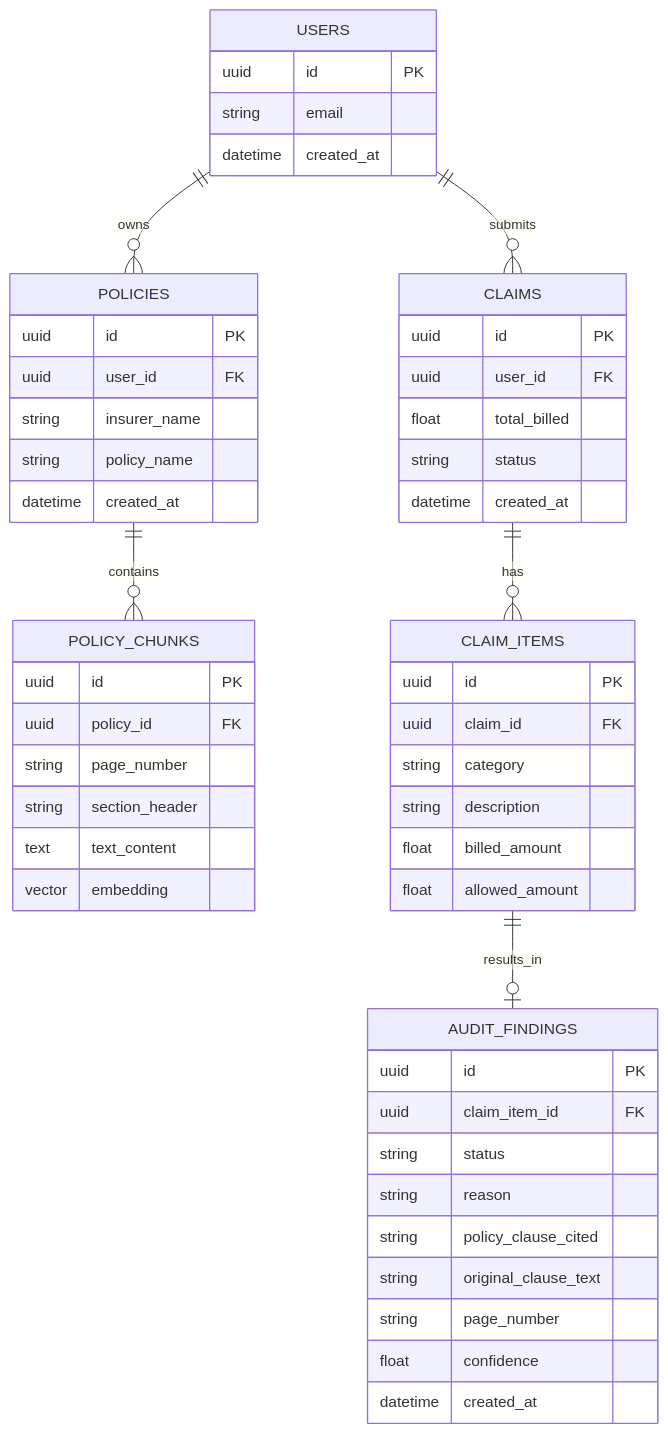
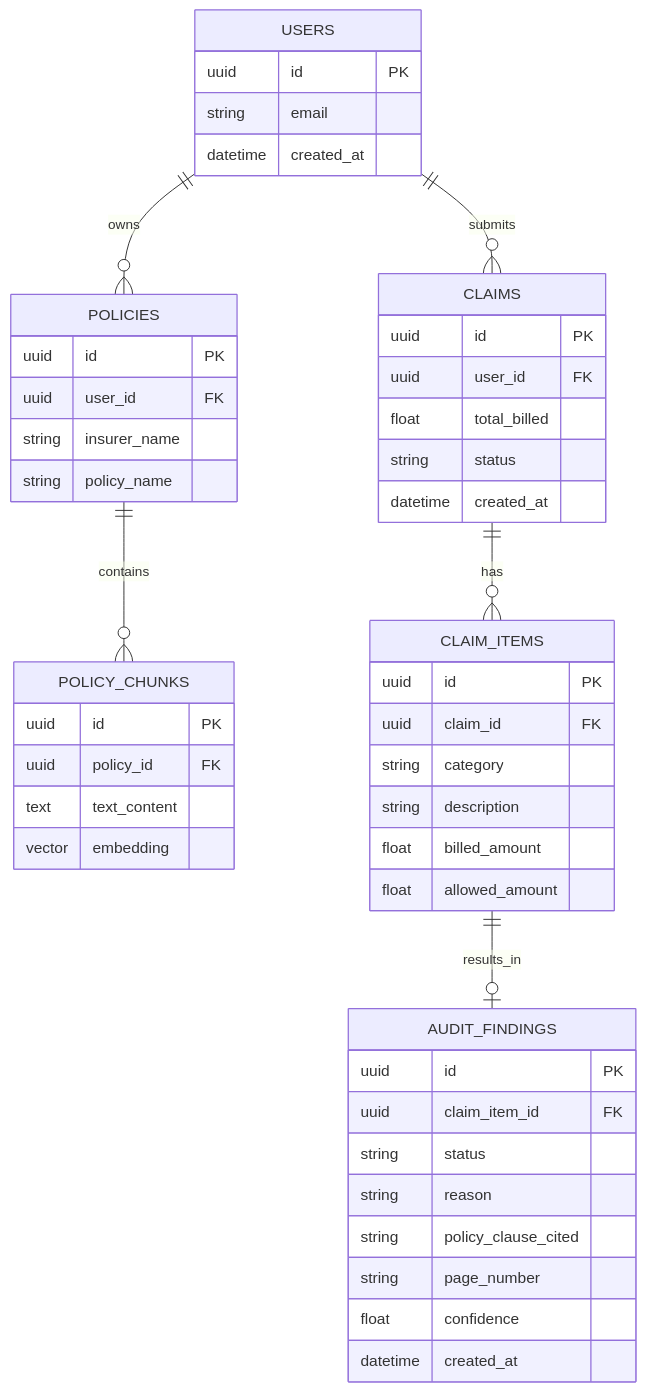
Before and after one commit to panyakapoor1/ClaimSenseAI: the second of 2 diagrams in README.md, drawn with Mermaid. The commit also changed other lines of this file, not shown here.

Commit message:
docs: rewritten README with multi-agent architecture and full setup instructions

````diff
--- a/README.md
+++ b/README.md
@@ -133,60 +105,56 @@
 ```mermaid
 erDiagram
     USERS ||--o{ POLICIES : owns
     USERS ||--o{ CLAIMS : submits
     POLICIES ||--o{ POLICY_CHUNKS : contains
     CLAIMS ||--o{ CLAIM_ITEMS : has
     CLAIM_ITEMS ||--o| AUDIT_FINDINGS : results_in
 
     USERS {
         uuid id PK
         string email
         datetime created_at
     }
     
     POLICIES {
         uuid id PK
         uuid user_id FK
         string insurer_name
         string policy_name
-        datetime created_at
     }
     
     POLICY_CHUNKS {
         uuid id PK
         uuid policy_id FK
-        string page_number
-        string section_header
         text text_content
         vector embedding
     }
     
     CLAIMS {
         uuid id PK
         uuid user_id FK
         float total_billed
         string status
         datetime created_at
     }
     
     CLAIM_ITEMS {
         uuid id PK
         uuid claim_id FK
         string category
         string description
         float billed_amount
         float allowed_amount
     }
     
     AUDIT_FINDINGS {
         uuid id PK
         uuid claim_item_id FK
         string status
         string reason
         string policy_clause_cited
-        string original_clause_text
         string page_number
         float confidence
         datetime created_at
     }
 ```
````
